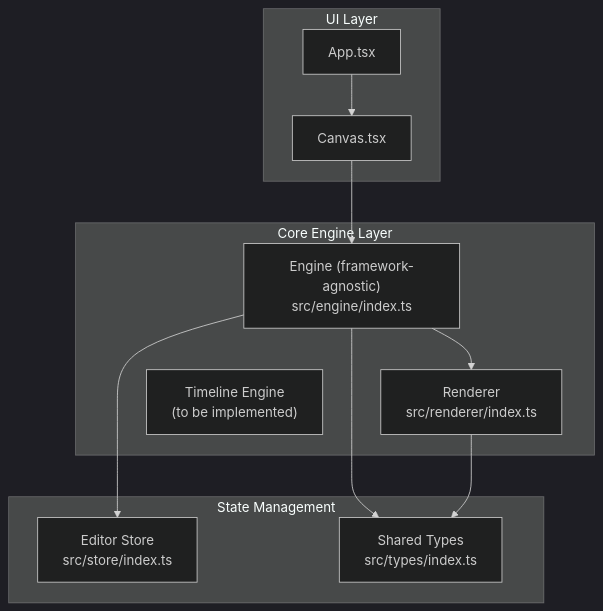
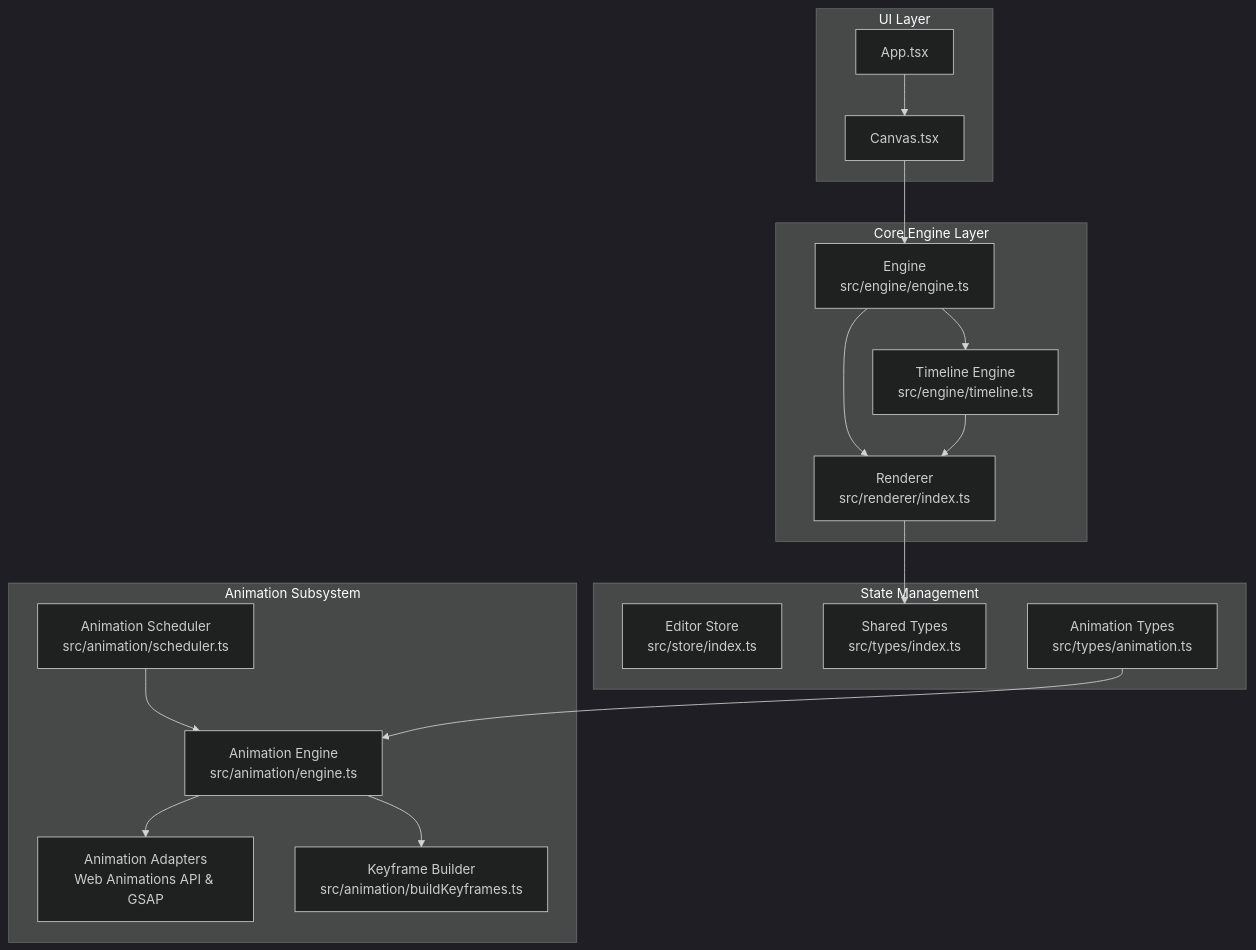
The first of 18 diagrams in .qoder/repowiki/en/content/Animation System/Timeline Engine.md (Anna0314zy/ai_editor_enginer), drawn with Mermaid (dark theme) before and after one commit. The commit also changed other lines of this file and 10 other files, not shown here.

````diff
--- a/.qoder/repowiki/en/content/Animation System/Timeline Engine.md
+++ b/.qoder/repowiki/en/content/Animation System/Timeline Engine.md
@@ -44,22 +58,33 @@
 ```mermaid
 graph TB
 subgraph "UI Layer"
 APP["App.tsx"]
 CANVAS["Canvas.tsx"]
 end
 subgraph "Core Engine Layer"
-ENGINE["Engine (framework-agnostic)<br/>src/engine/index.ts"]
+ENGINE["Engine<br/>src/engine/engine.ts"]
 RENDERER["Renderer<br/>src/renderer/index.ts"]
-TIMELINE["Timeline Engine<br/>(to be implemented)"]
+TIMELINE["Timeline Engine<br/>src/engine/timeline.ts"]
+end
+subgraph "Animation Subsystem"
+ANIM_ENGINE["Animation Engine<br/>src/animation/engine.ts"]
+SCHEDULER["Animation Scheduler<br/>src/animation/scheduler.ts"]
+ADAPTERS["Animation Adapters<br/>Web Animations API & GSAP"]
+KEYFRAMES["Keyframe Builder<br/>src/animation/buildKeyframes.ts"]
 end
 subgraph "State Management"
 STORE["Editor Store<br/>src/store/index.ts"]
 TYPES["Shared Types<br/>src/types/index.ts"]
+ANIM_TYPES["Animation Types<br/>src/types/animation.ts"]
 end
 APP --> CANVAS
 CANVAS --> ENGINE
 ENGINE --> RENDERER
-ENGINE --> STORE
-ENGINE --> TYPES
+ENGINE --> TIMELINE
+ANIM_ENGINE --> ADAPTERS
+ANIM_ENGINE --> KEYFRAMES
+SCHEDULER --> ANIM_ENGINE
+TIMELINE --> RENDERER
 RENDERER --> TYPES
+ANIM_TYPES --> ANIM_ENGINE
 ```
````
